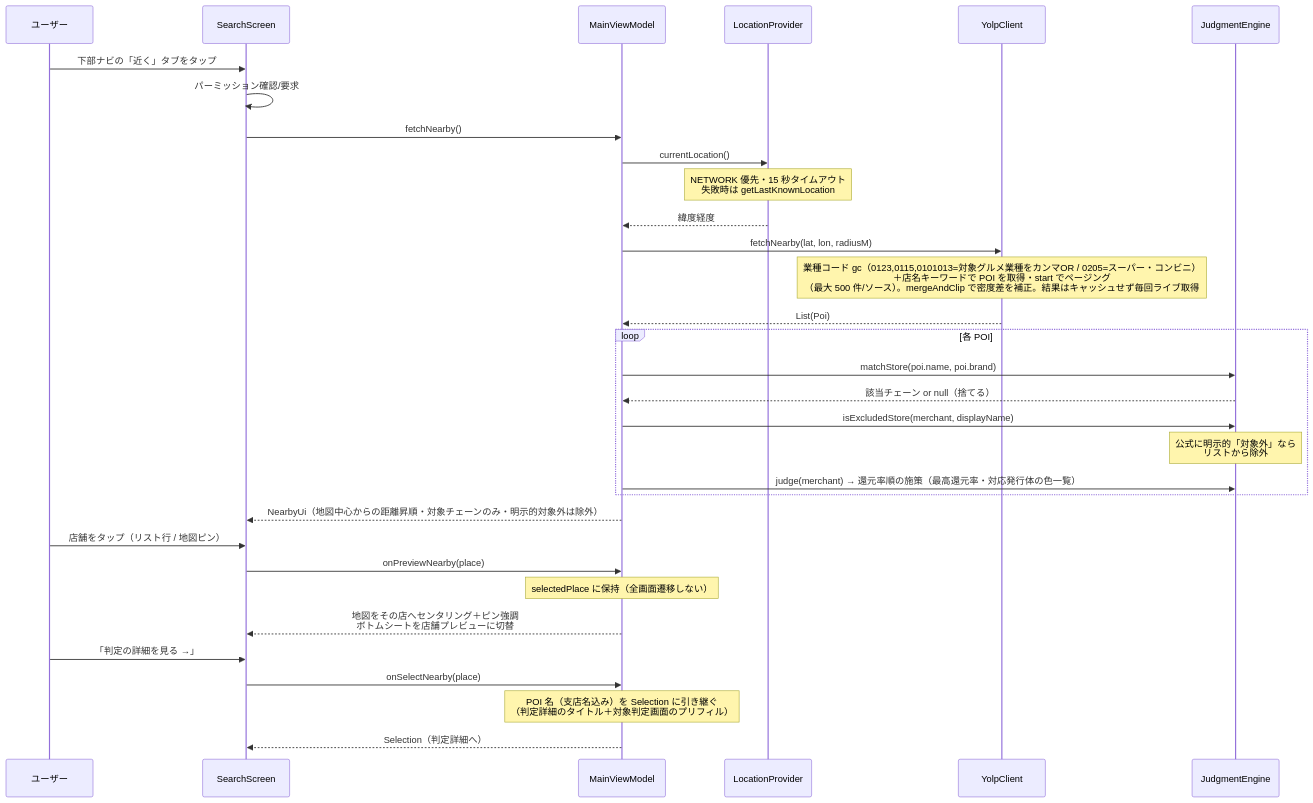
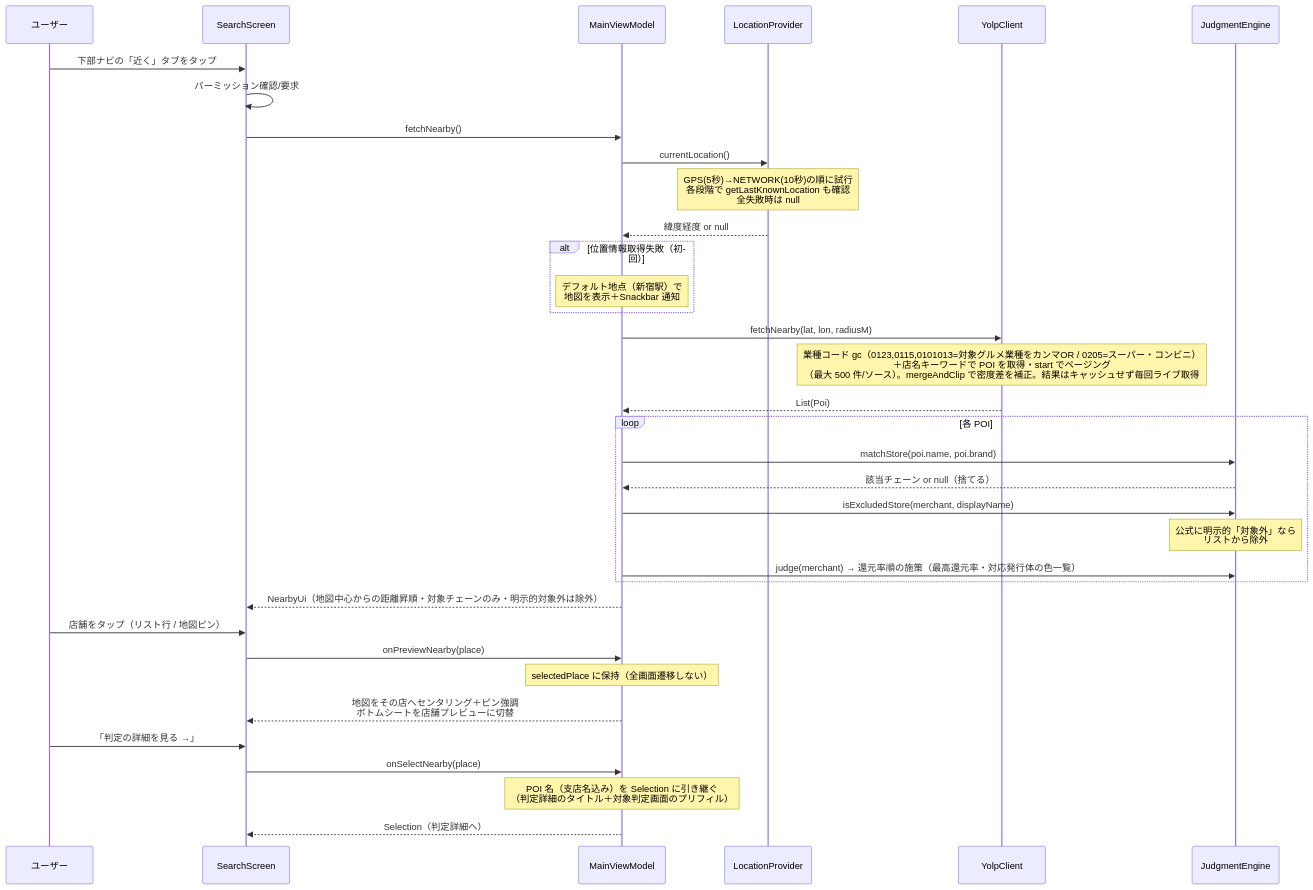
One commit to ktakjm/poikatsu changed the sixth of 6 diagrams in docs/code-guide.md. Above: the diagram before and after it, drawn with Mermaid. The commit also changed other lines of this file and 1 other file, not shown here.

Commit message:
docs: update guides for location fallback, provider chain, and recent fixes
Cover commits since 9d0e8de (last doc update):
- LocationProvider GPS→NETWORK 2-stage fallback (c71917c)
- Default location fallback to Shinjuku Station (current)
- Distance label stability fixes (643b0bc, 5359328)
- Station suffix geocoding search (2bb4cef)
- Update sequence diagram, failure handling, and tech stack table

````diff
--- a/docs/code-guide.md
+++ b/docs/code-guide.md
@@ -334,35 +334,38 @@
 ```mermaid
 sequenceDiagram
     participant U as ユーザー
     participant SC as SearchScreen
     participant VM as MainViewModel
     participant LP as LocationProvider
     participant YC as YolpClient
     participant JE as JudgmentEngine
 
     U->>SC: 下部ナビの「近く」タブをタップ
     SC->>SC: パーミッション確認/要求
     SC->>VM: fetchNearby()
     VM->>LP: currentLocation()
-    Note over LP: NETWORK 優先・15 秒タイムアウト<br/>失敗時は getLastKnownLocation
-    LP-->>VM: 緯度経度
+    Note over LP: GPS(5秒)→NETWORK(10秒)の順に試行<br/>各段階で getLastKnownLocation も確認<br/>全失敗時は null
+    LP-->>VM: 緯度経度 or null
+    alt 位置情報取得失敗（初回）
+        Note over VM: デフォルト地点（新宿駅）で<br/>地図を表示＋Snackbar 通知
+    end
     VM->>YC: fetchNearby(lat, lon, radiusM)
     Note over YC: 業種コード gc（0123,0115,0101013=対象グルメ業種をカンマOR / 0205=スーパー・コンビニ）<br/>＋店名キーワードで POI を取得・start でページング<br/>（最大 500 件/ソース）。mergeAndClip で密度差を補正。結果はキャッシュせず毎回ライブ取得
     YC-->>VM: List(Poi)
     loop 各 POI
         VM->>JE: matchStore(poi.name, poi.brand)
         JE-->>VM: 該当チェーン or null（捨てる）
         VM->>JE: isExcludedStore(merchant, displayName)
         Note over JE: 公式に明示的「対象外」なら<br/>リストから除外
         VM->>JE: judge(merchant) → 還元率順の施策（最高還元率・対応発行体の色一覧）
     end
     VM-->>SC: NearbyUi（地図中心からの距離昇順・対象チェーンのみ・明示的対象外は除外）
     U->>SC: 店舗をタップ（リスト行 / 地図ピン）
     SC->>VM: onPreviewNearby(place)
     Note over VM: selectedPlace に保持（全画面遷移しない）
     VM-->>SC: 地図をその店へセンタリング＋ピン強調<br/>ボトムシートを店舗プレビューに切替
     U->>SC: 「判定の詳細を見る →」
     SC->>VM: onSelectNearby(place)
     Note over VM: POI 名（支店名込み）を Selection に引き継ぐ<br/>（判定詳細のタイトル＋対象判定画面のプリフィル）
     VM-->>SC: Selection（判定詳細へ）
 ```
````
